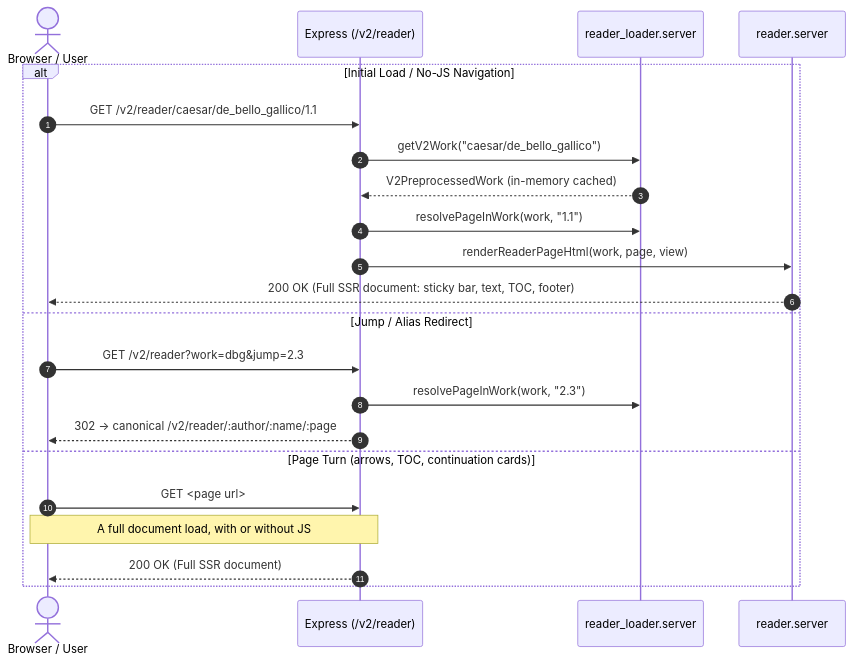
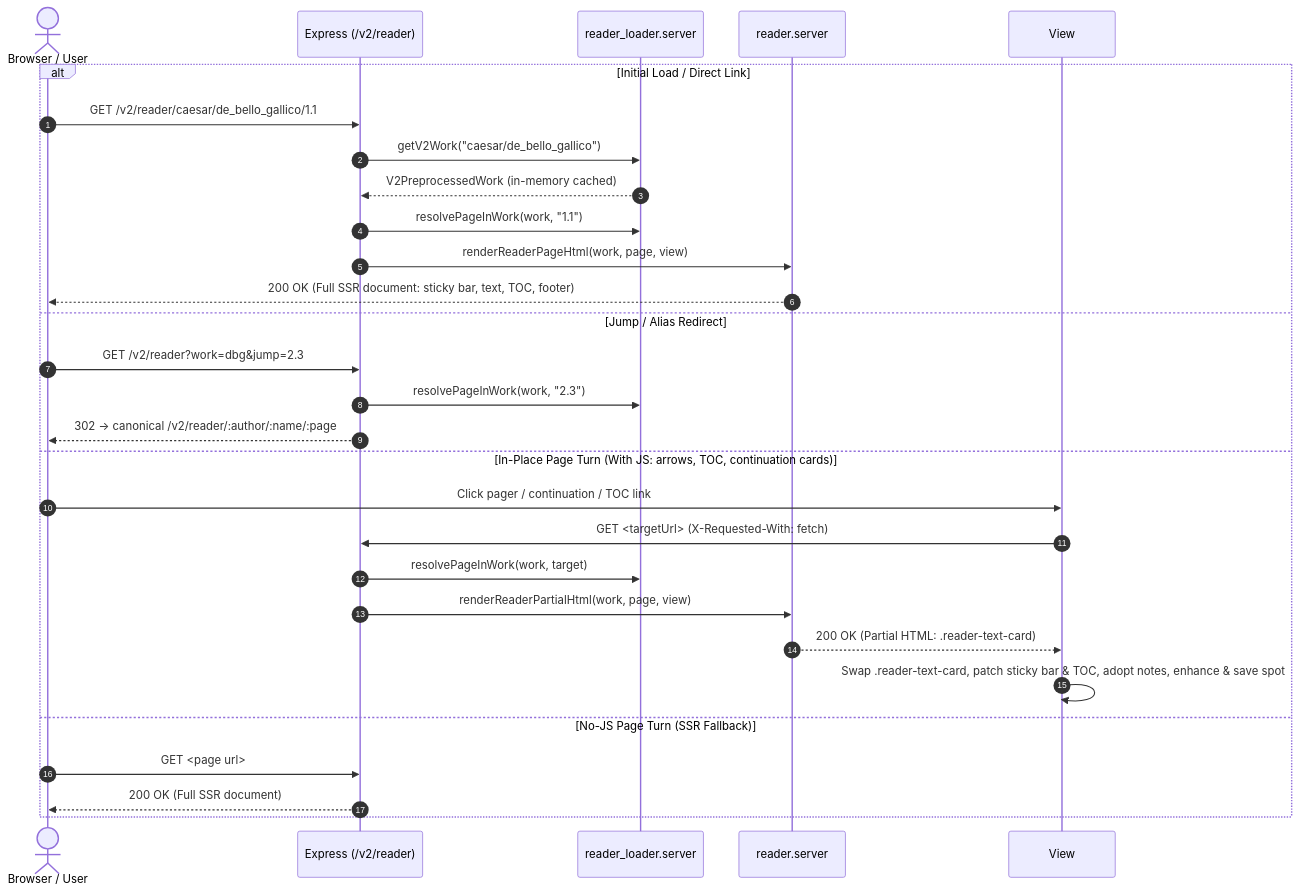
One commit to nkprasad12/morcus-net changed the diagram in src/web/v2/reader/README.md. Above: the diagram before and after it, drawn with Mermaid. The commit also changed other lines of this file and 14 other files, not shown here.

First line of the commit message:
feat(reader): restore client-side in-place page navigation

````diff
--- a/src/web/v2/reader/README.md
+++ b/src/web/v2/reader/README.md
@@ -13,25 +13,31 @@
 ```mermaid
 sequenceDiagram
     autonumber
     actor User as Browser / User
     participant Router as Express (/v2/reader)
     participant Loader as reader_loader.server
     participant Render as reader.server
 
-    alt Initial Load / No-JS Navigation
+    alt Initial Load / Direct Link
         User->>Router: GET /v2/reader/caesar/de_bello_gallico/1.1
         Router->>Loader: getV2Work("caesar/de_bello_gallico")
         Loader-->>Router: V2PreprocessedWork (in-memory cached)
         Router->>Loader: resolvePageInWork(work, "1.1")
         Router->>Render: renderReaderPageHtml(work, page, view)
         Render-->>User: 200 OK (Full SSR document: sticky bar, text, TOC, footer)
     else Jump / Alias Redirect
         User->>Router: GET /v2/reader?work=dbg&jump=2.3
         Router->>Loader: resolvePageInWork(work, "2.3")
         Router-->>User: 302 -> canonical /v2/reader/:author/:name/:page
-    else Page Turn (arrows, TOC, continuation cards)
+    else In-Place Page Turn (With JS: arrows, TOC, continuation cards)
+        User->>View: Click pager / continuation / TOC link
+        View->>Router: GET <targetUrl> (X-Requested-With: fetch)
+        Router->>Loader: resolvePageInWork(work, target)
+        Router->>Render: renderReaderPartialHtml(work, page, view)
+        Render-->>View: 200 OK (Partial HTML: .reader-text-card)
+        View->>View: Swap .reader-text-card, patch sticky bar & TOC, adopt notes, enhance & save spot
+    else No-JS Page Turn (SSR Fallback)
         User->>Router: GET <page url>
-        Note over User,Router: A full document load, with or without JS
         Router-->>User: 200 OK (Full SSR document)
     end
 ```
````
